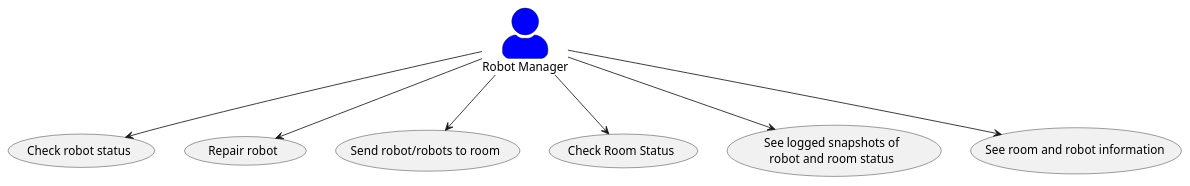
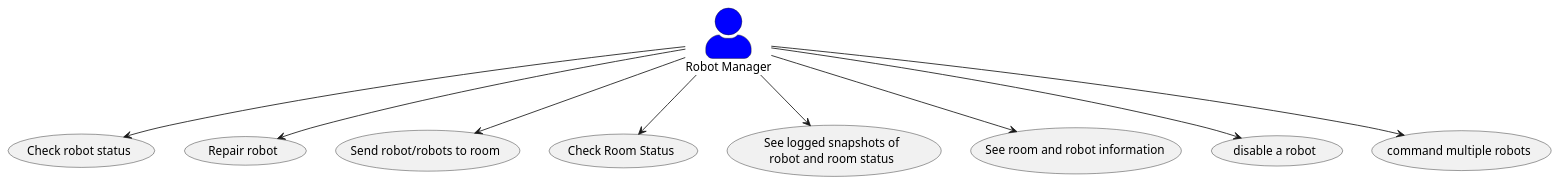
One commit to arisk02/robot-fleet-management-system changed the diagram in docs/design/RobotManagerUseCase.puml. Above: the diagram before and after it, drawn with PlantUML.

Commit message:
Updated puml diagram

```diff
--- a/docs/design/RobotManagerUseCase.puml
+++ b/docs/design/RobotManagerUseCase.puml
@@ -1,11 +1,13 @@
 @startuml
 skinparam actorStyle awesome
 "Robot Manager" as manager #Blue
 manager --> (status)
 "Check robot status" as (status)
 manager --> (Repair robot)
 manager --> (Send robot/robots to room)
 manager --> (Check Room Status)
 manager --> (See logged snapshots of\nrobot and room status)
 manager --> (See room and robot information)
+manager --> (disable a robot)
+manager --> (command multiple robots)
 @enduml
```
